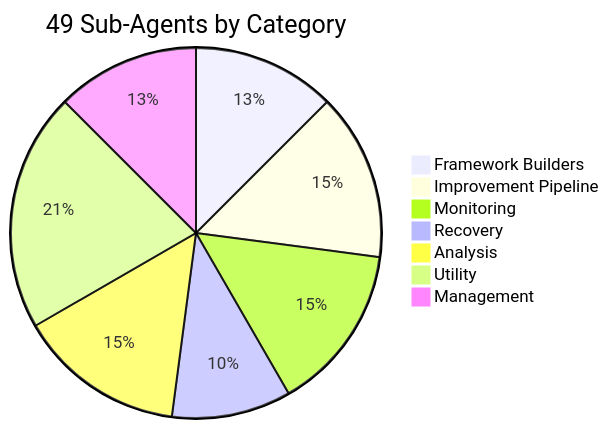
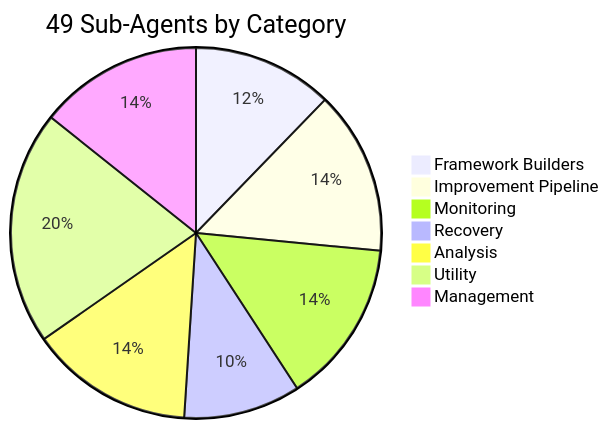
Before and after one commit to mczardybon/mas-engineer: the first of 4 diagrams in docs/agents.md, drawn with Mermaid. The commit also changed other lines of this file and 5 other files, not shown here.

Commit message:
docs: fix tool counts 52→47, POC claim, Mermaid bug, pie chart, patterns

````diff
--- a/docs/agents.md
+++ b/docs/agents.md
@@ -5,10 +5,10 @@
 ```mermaid
 pie title 49 Sub-Agents by Category
     "Framework Builders" : 6
     "Improvement Pipeline" : 7
     "Monitoring" : 7
     "Recovery" : 5
     "Analysis" : 7
     "Utility" : 10
-    "Management" : 6
+    "Management" : 7
 ```
````
